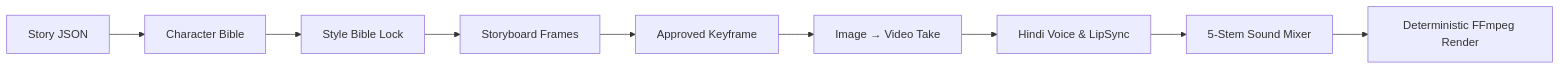
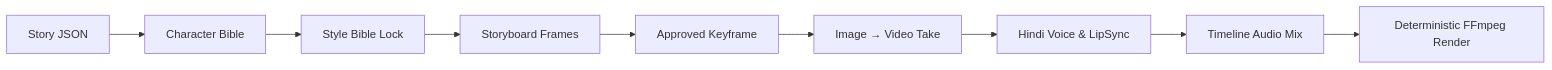
The diagram in README.md (paritoshpky5/openstory-studio), drawn with Mermaid before and after one commit. The commit also changed other lines of this file and 17 other files, not shown here.

````diff
--- a/README.md
+++ b/README.md
@@ -37,11 +37,11 @@
 ```mermaid
 flowchart LR
     A[Story JSON] --> B[Character Bible]
     B --> C[Style Bible Lock]
     C --> D[Storyboard Frames]
     D --> E[Approved Keyframe]
     E --> F[Image → Video Take]
     F --> G[Hindi Voice & LipSync]
-    G --> H[5-Stem Sound Mixer]
+    G --> H[Timeline Audio Mix]
     H --> I[Deterministic FFmpeg Render]
 ```
````
